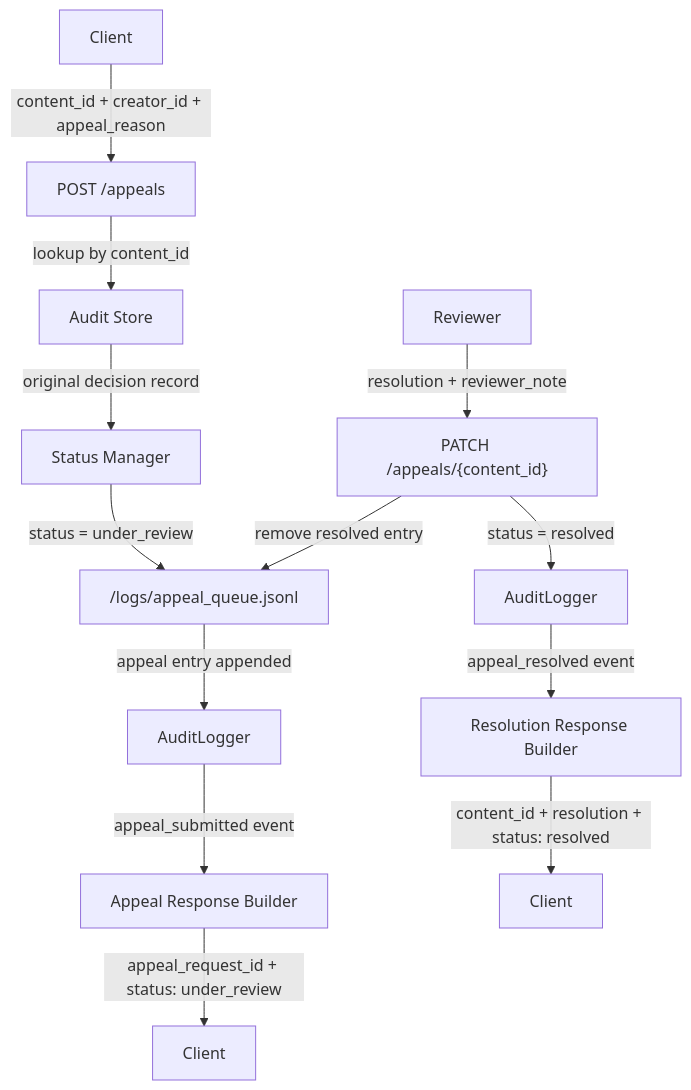
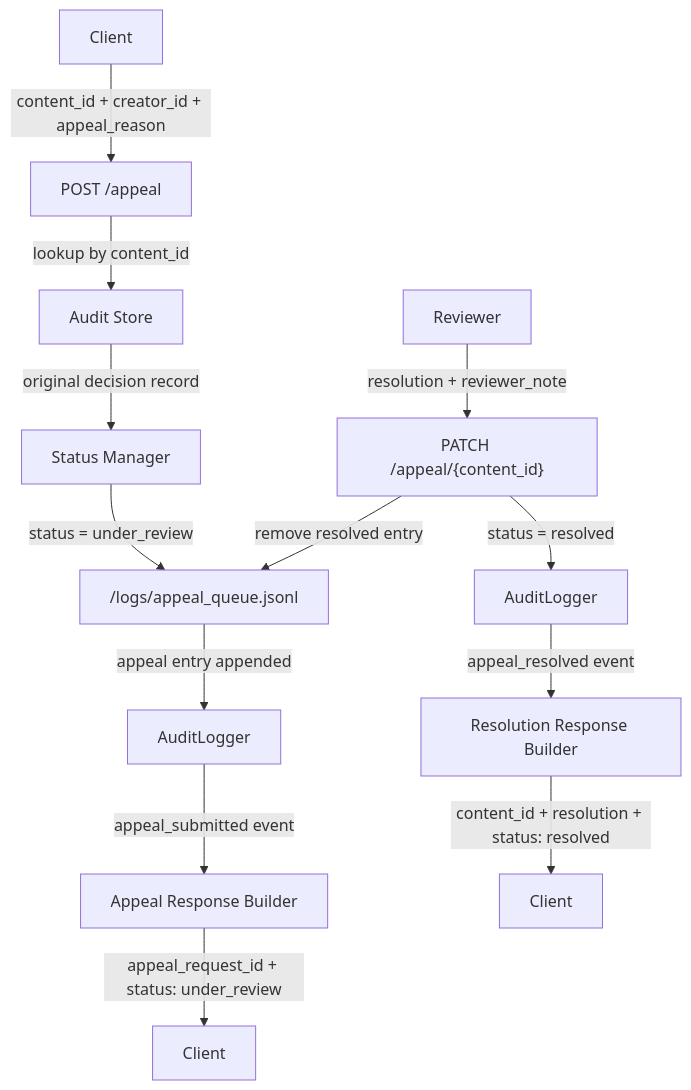
Before and after one commit to MiaNguyen912/ai201-project4-provenance-guard: the second of 2 diagrams in planning.md, drawn with Mermaid. The commit also changed other lines of this file and 5 other files, not shown here.

Commit message:
complete appeal flow

````diff
--- a/planning.md
+++ b/planning.md
@@ -407,17 +428,17 @@
 ```mermaid
 flowchart TD
 
-A[Client] -->|"content_id + creator_id + appeal_reason"| B["POST /appeals"]
+A[Client] -->|"content_id + creator_id + appeal_reason"| B["POST /appeal"]
 B -->|lookup by content_id| C[Audit Store]
 C -->|original decision record| D[Status Manager]
 D -->|"status = under_review"| E["/logs/appeal_queue.jsonl"]
 E -->|appeal entry appended| F[AuditLogger]
 F -->|appeal_submitted event| G[Appeal Response Builder]
 G -->|"appeal_request_id + status: under_review"| H[Client]
 
-I["Reviewer"] -->|"resolution + reviewer_note"| J["PATCH /appeals/{content_id}"]
+I["Reviewer"] -->|"resolution + reviewer_note"| J["PATCH /appeal/{content_id}"]
 J -->|remove resolved entry| E
 J -->|"status = resolved"| K[AuditLogger]
 K -->|appeal_resolved event| L[Resolution Response Builder]
 L -->|"content_id + resolution + status: resolved"| M[Client]
 ```
````
